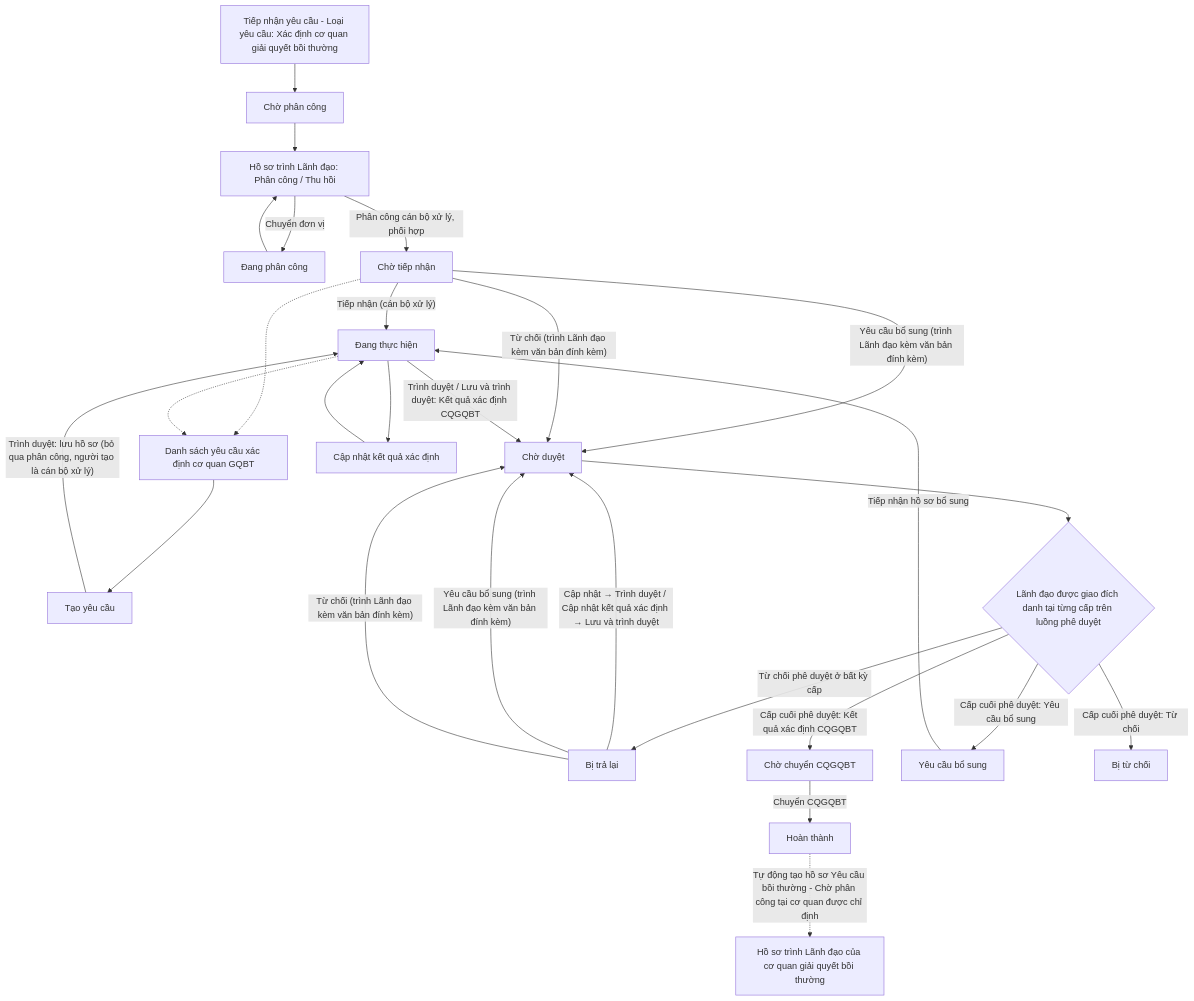
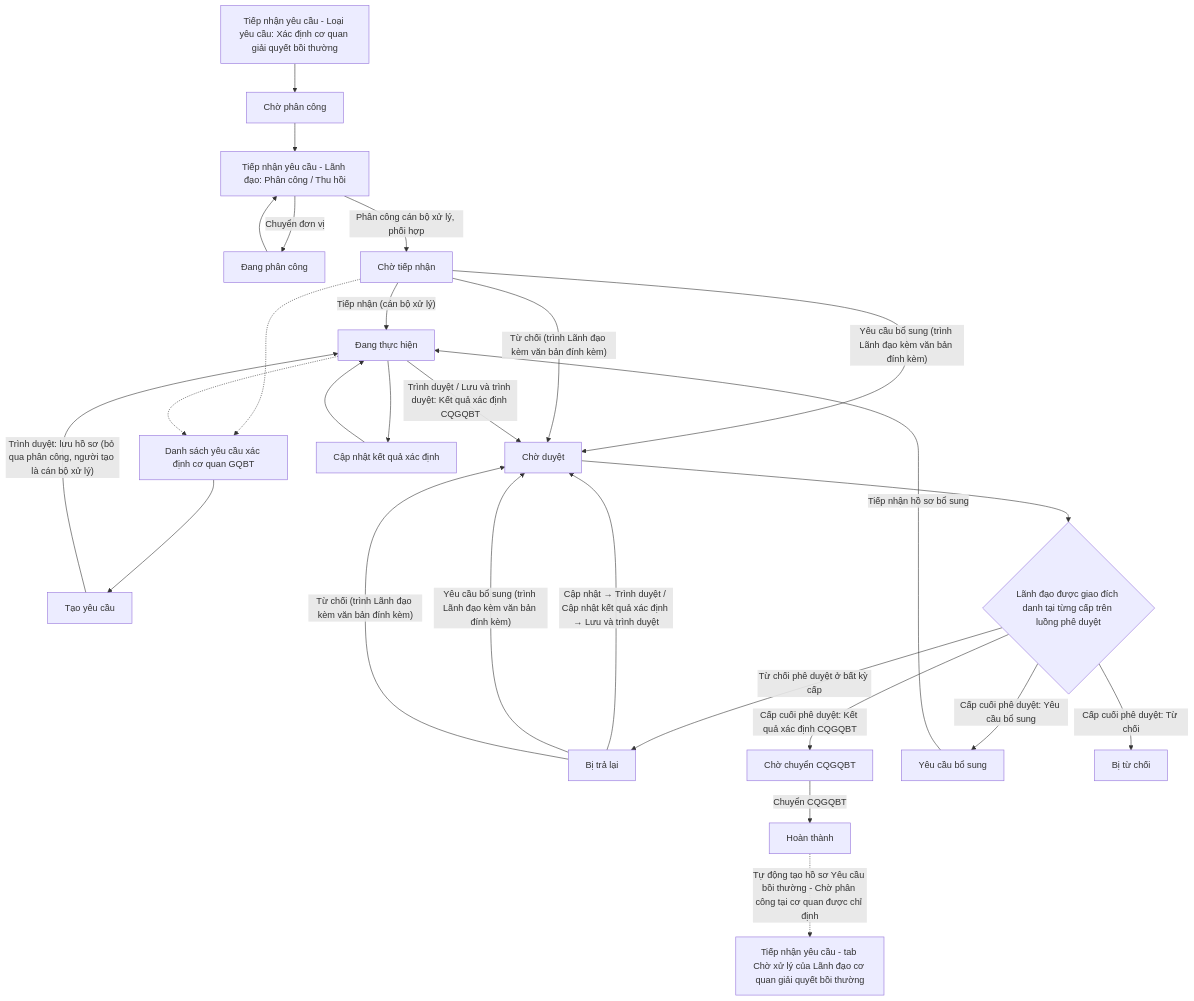
The diagram in Tai lieu phan tich/03_Website_Quan_tri/03_Cong_tac_boi_thuong/SRS_BTNN_GiaiQuyetBT__Xac định cơ quan GQBT.md (huyendt2007/BPBD_UI), drawn with Mermaid before and after one commit. The commit also changed other lines of this file and 57 other files, not shown here.

````diff
--- a/Tai lieu phan tich/03_Website_Quan_tri/03_Cong_tac_boi_thuong/SRS_BTNN_GiaiQuyetBT__Xac định cơ quan GQBT.md
+++ b/Tai lieu phan tich/03_Website_Quan_tri/03_Cong_tac_boi_thuong/SRS_BTNN_GiaiQuyetBT__Xac định cơ quan GQBT.md
@@ -84,29 +96,29 @@
 ```mermaid
 flowchart TD
     TN["Tiếp nhận yêu cầu - Loại yêu cầu: Xác định cơ quan giải quyết bồi thường"] --> CPC["Chờ phân công"]
-    CPC --> LD["Hồ sơ trình Lãnh đạo: Phân công / Thu hồi"]
+    CPC --> LD["Tiếp nhận yêu cầu - Lãnh đạo: Phân công / Thu hồi"]
     LD -->|"Chuyển đơn vị"| DPC["Đang phân công"]
     DPC --> LD
     LD -->|"Phân công cán bộ xử lý, phối hợp"| CTN["Chờ tiếp nhận"]
     A["Danh sách yêu cầu xác định cơ quan GQBT"] --> C["Tạo yêu cầu"]
     C -->|"Trình duyệt: lưu hồ sơ (bỏ qua phân công, người tạo là cán bộ xử lý)"| DTH["Đang thực hiện"]
     CTN -->|"Tiếp nhận (cán bộ xử lý)"| DTH
     CTN -->|"Yêu cầu bổ sung (trình Lãnh đạo kèm văn bản đính kèm)"| CPD
     CTN -->|"Từ chối (trình Lãnh đạo kèm văn bản đính kèm)"| CPD
     DTH --> KQ["Cập nhật kết quả xác định"]
     KQ --> DTH
     DTH -->|"Trình duyệt / Lưu và trình duyệt: Kết quả xác định CQGQBT"| CPD["Chờ duyệt"]
     CPD --> PD{"Lãnh đạo được giao đích danh tại từng cấp trên luồng phê duyệt"}
     PD -->|"Từ chối phê duyệt ở bất kỳ cấp"| BTL["Bị trả lại"]
     BTL -->|"Cập nhật → Trình duyệt / Cập nhật kết quả xác định → Lưu và trình duyệt"| CPD
     BTL -->|"Yêu cầu bổ sung (trình Lãnh đạo kèm văn bản đính kèm)"| CPD
     BTL -->|"Từ chối (trình Lãnh đạo kèm văn bản đính kèm)"| CPD
     PD -->|"Cấp cuối phê duyệt: Kết quả xác định CQGQBT"| CC["Chờ chuyển CQGQBT"]
     PD -->|"Cấp cuối phê duyệt: Yêu cầu bổ sung"| YCBS["Yêu cầu bổ sung"]
     PD -->|"Cấp cuối phê duyệt: Từ chối"| BTC["Bị từ chối"]
     YCBS -->|"Tiếp nhận hồ sơ bổ sung"| DTH
     CC -->|"Chuyển CQGQBT"| HT["Hoàn thành"]
-    HT -.->|"Tự động tạo hồ sơ Yêu cầu bồi thường - Chờ phân công tại cơ quan được chỉ định"| YC["Hồ sơ trình Lãnh đạo của cơ quan giải quyết bồi thường"]
+    HT -.->|"Tự động tạo hồ sơ Yêu cầu bồi thường - Chờ phân công tại cơ quan được chỉ định"| YC["Tiếp nhận yêu cầu - tab Chờ xử lý của Lãnh đạo cơ quan giải quyết bồi thường"]
     CTN -.-> A
     DTH -.-> A
 ```
````
